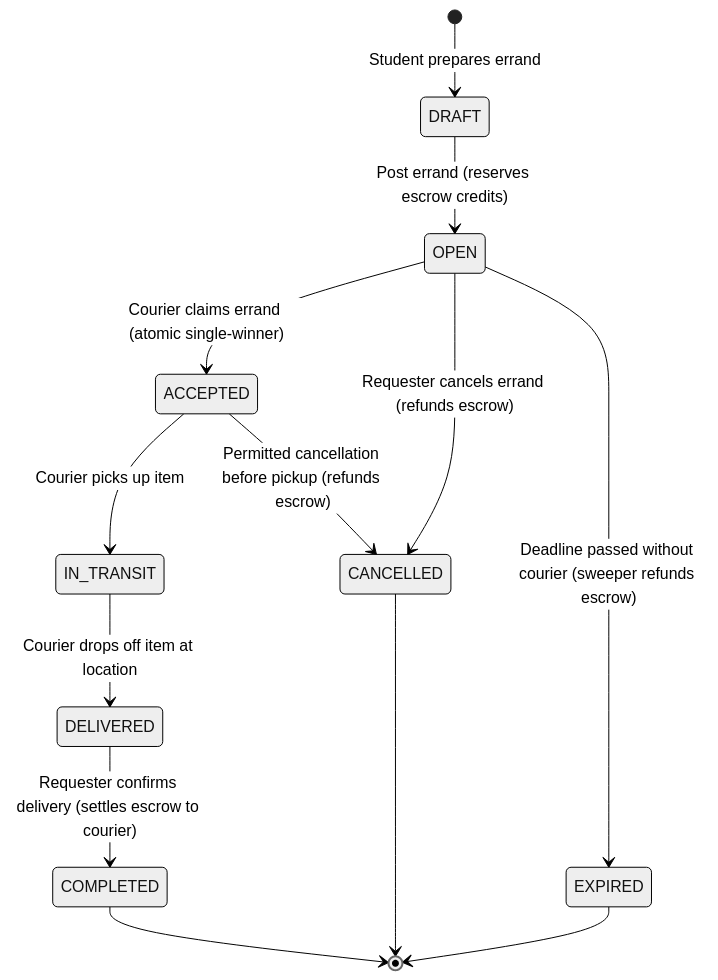
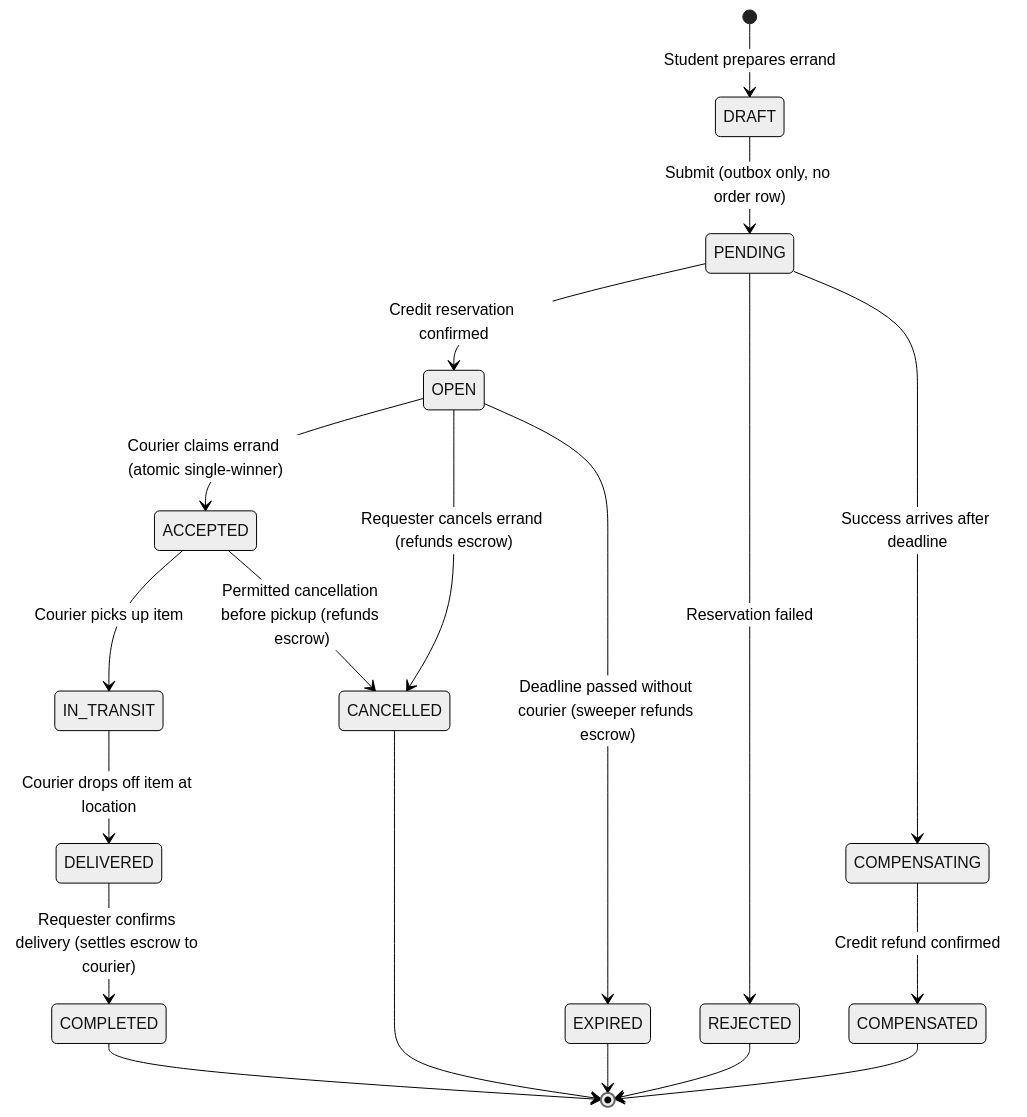
The first of 3 diagrams in docs/errand-specification.md (AY2627S1-CS3219-P25/friend-on-campus), drawn with Mermaid (neutral theme) before and after one commit. The commit also changed other lines of this file and 32 other files, not shown here.

Commit message:
feat: implement async order credit reservation saga with RabbitMQ and transactional outboxes

````diff
--- a/docs/errand-specification.md
+++ b/docs/errand-specification.md
@@ -18,19 +22,25 @@
 ```mermaid
 stateDiagram-v2
   [*] --> DRAFT: Student prepares errand
-  DRAFT --> OPEN: Post errand (reserves escrow credits)
+  DRAFT --> PENDING: Submit (outbox only, no order row)
+  PENDING --> OPEN: Credit reservation confirmed
+  PENDING --> REJECTED: Reservation failed
+  PENDING --> COMPENSATING: Success arrives after deadline
+  COMPENSATING --> COMPENSATED: Credit refund confirmed
+  REJECTED --> [*]
+  COMPENSATED --> [*]
   
   OPEN --> ACCEPTED: Courier claims errand (atomic single-winner)
   OPEN --> CANCELLED: Requester cancels errand (refunds escrow)
   OPEN --> EXPIRED: Deadline passed without courier (sweeper refunds escrow)
 
   ACCEPTED --> IN_TRANSIT: Courier picks up item
   ACCEPTED --> CANCELLED: Permitted cancellation before pickup (refunds escrow)
 
   IN_TRANSIT --> DELIVERED: Courier drops off item at location
   DELIVERED --> COMPLETED: Requester confirms delivery (settles escrow to courier)
 
   COMPLETED --> [*]
   CANCELLED --> [*]
   EXPIRED --> [*]
 ```
````
